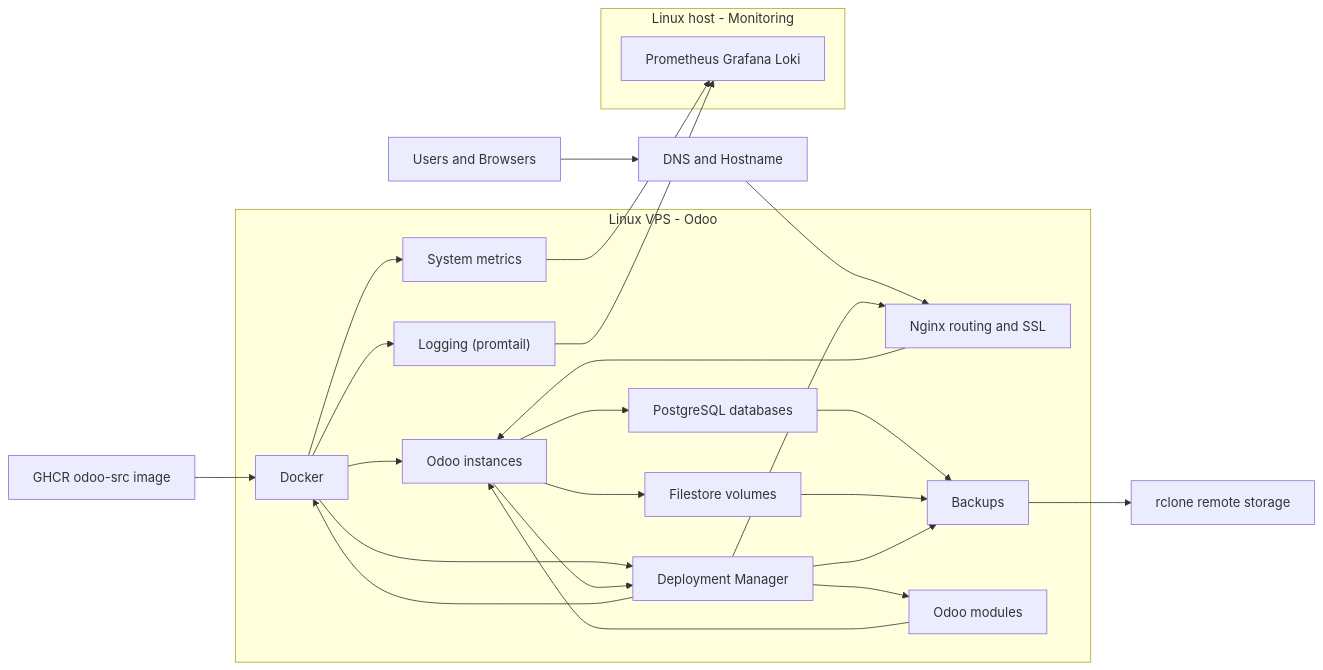
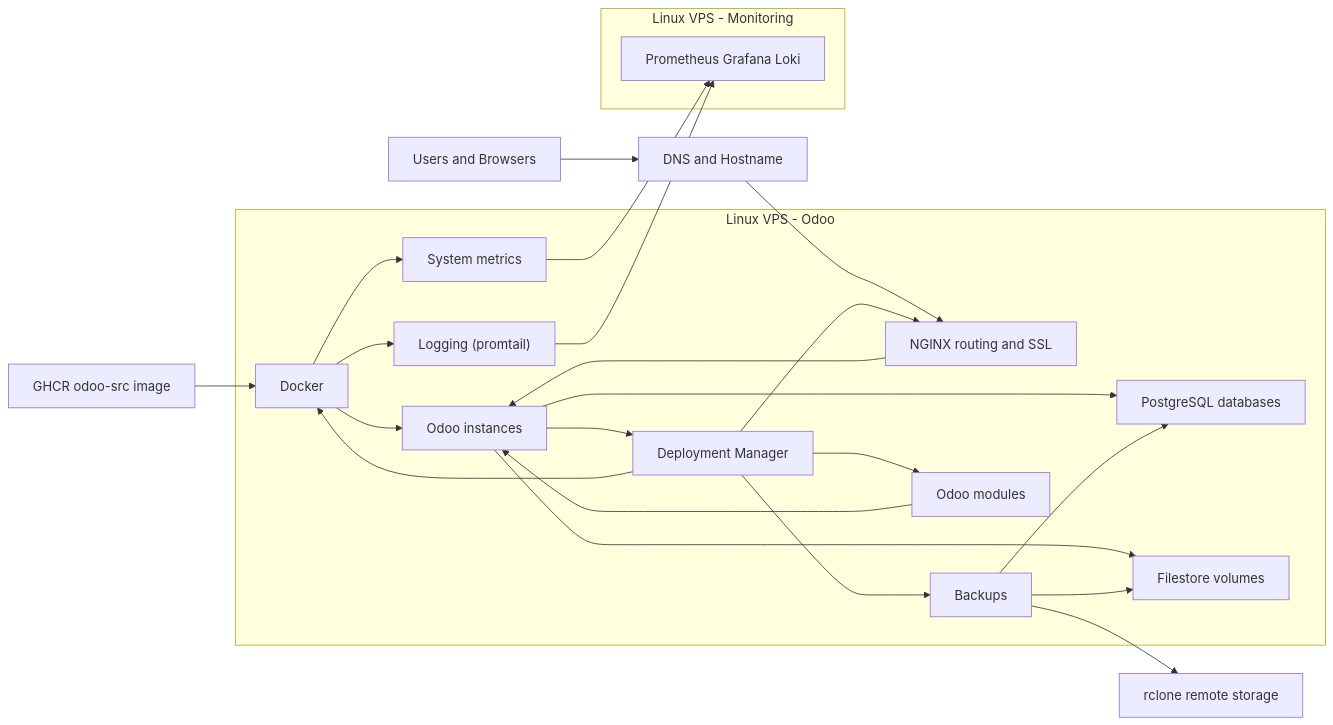
One commit to elmeriniemela/deploy-manager changed the diagram in README.md. Above: the diagram before and after it, drawn with Mermaid. The commit also changed 4 other files, not shown here.

````diff
--- a/README.md
+++ b/README.md
@@ -9,65 +9,64 @@
 ```mermaid
 flowchart LR
     GHCR["GHCR odoo-src image"]
     User["Users and Browsers"]
     DNS["DNS and Hostname"]
-    Nginx["Nginx routing and SSL"]
+    Nginx["NGINX routing and SSL"]
     Odoo["Odoo instances"]
     PG["PostgreSQL databases"]
     FS["Filestore volumes"]
     DeployManager["Deployment Manager"]
     Backup["Backups"]
     Rclone["rclone remote storage"]
     Monitoring["Prometheus Grafana Loki"]
     Metrics["System metrics"]
     Logs["Logging (promtail)"]
     Modules["Odoo modules"]
 
     GHCR --> Docker
     Docker --> Odoo
     Modules --> Odoo
-    Docker --> DeployManager
 
     User --> DNS
     DNS --> Nginx
     Nginx --> Odoo
     Odoo --> PG
     Odoo --> FS
     Odoo --> DeployManager
 
-    PG --> Backup
-    FS --> Backup
+    Backup --> PG
+    Backup --> FS
 
     DeployManager --> Docker
     DeployManager --> Nginx
     DeployManager --> Backup
     DeployManager --> Modules
     Backup --> Rclone
 
     Docker --> Metrics
     Docker --> Logs
 
     Metrics --> Monitoring
     Logs --> Monitoring
 
 
     subgraph OdooHost["Linux VPS - Odoo"]
         Docker
         Odoo
         PG
         FS
         DeployManager
         Modules
         Nginx
         Backup
         Metrics
         Logs
     end
 
 
-    subgraph MonHost["Linux host - Monitoring"]
+    subgraph MonHost["Linux VPS - Monitoring"]
       Monitoring
     end
 
 
 ```
````
